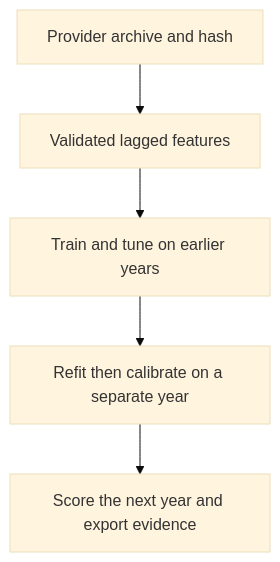
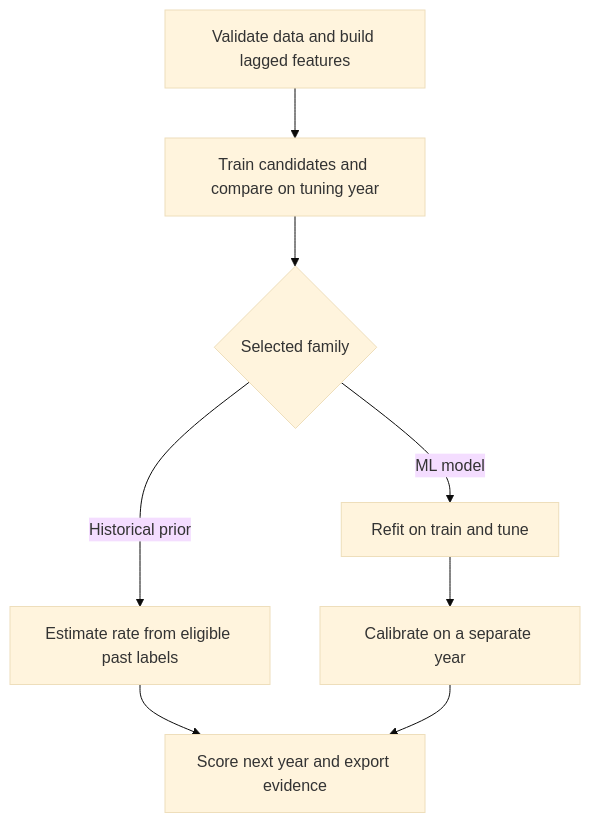
The diagram in README.md (Ehsan-Ch/equity-direction-benchmark), drawn with Mermaid (base theme) before and after one commit. The commit also changed other lines of this file, not shown here.

````diff
--- a/README.md
+++ b/README.md
@@ -77,7 +47,10 @@
 ```mermaid
 flowchart TD
-    A[Provider archive and hash] --> B[Validated lagged features]
-    B --> C[Train and tune on earlier years]
-    C --> D[Refit then calibrate on a separate year]
-    D --> E[Score the next year and export evidence]
+    A[Validate data and build lagged features] --> B[Train candidates and compare on tuning year]
+    B --> C{Selected family}
+    C -->|Historical prior| D[Estimate rate from eligible past labels]
+    C -->|ML model| E[Refit on train and tune]
+    E --> F[Calibrate on a separate year]
+    D --> G[Score next year and export evidence]
+    F --> G
 ```
````
